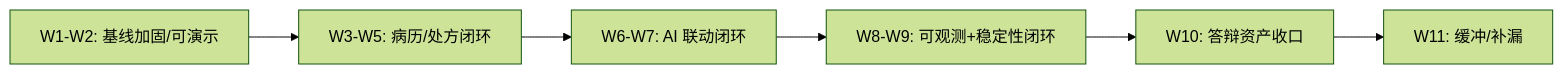
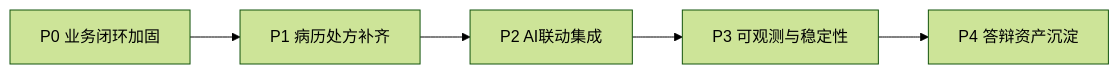
One commit to JianwenShaw/MediAskDocs changed the diagram in ROADMAP.md. Above: the diagram before and after it, drawn with Mermaid (forest theme). The commit also changed other lines of this file and 4 other files, not shown here.

````diff
--- a/ROADMAP.md
+++ b/ROADMAP.md
@@ -29,8 +35,7 @@
 ```mermaid
 flowchart LR
-    M0[W1-W2: 基线加固/可演示] --> M1[W3-W5: 病历/处方闭环]
-    M1 --> M2[W6-W7: AI 联动闭环]
-    M2 --> M3[W8-W9: 可观测+稳定性闭环]
-    M3 --> M4[W10: 答辩资产收口]
-    M4 --> BUF[W11: 缓冲/补漏]
+    A[P0 业务闭环加固] --> B[P1 病历处方补齐]
+    B --> C[P2 AI联动集成]
+    C --> D[P3 可观测与稳定性]
+    D --> E[P4 答辩资产沉淀]
 ```
````
